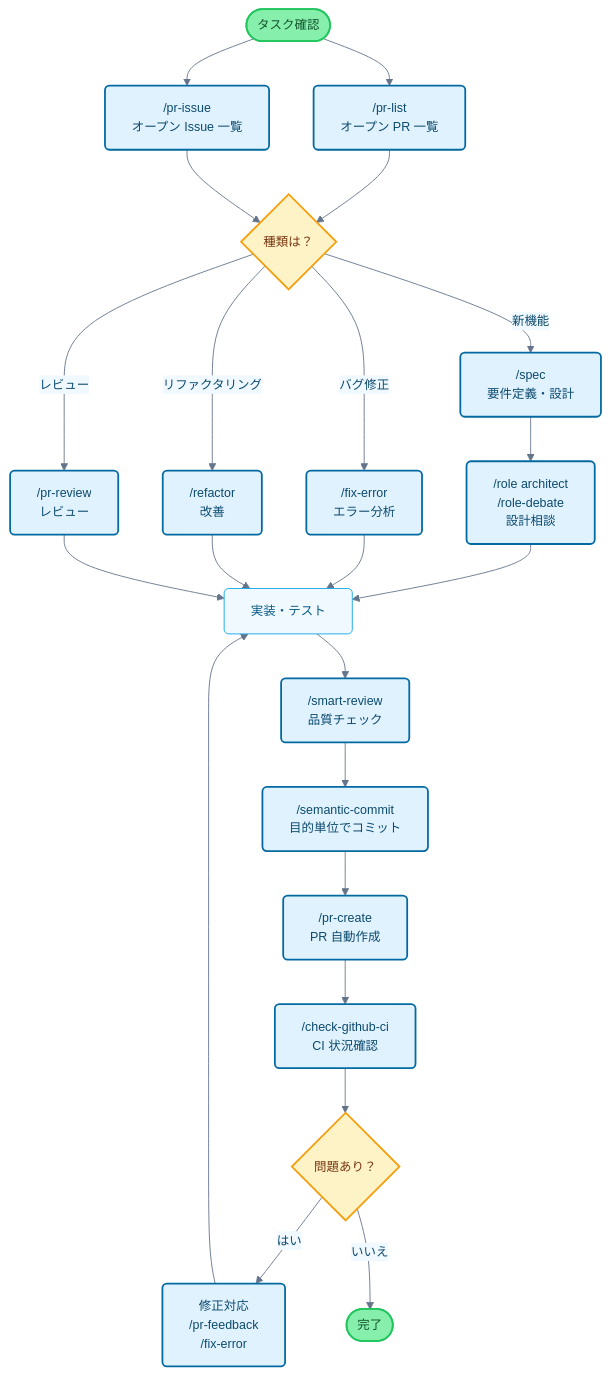
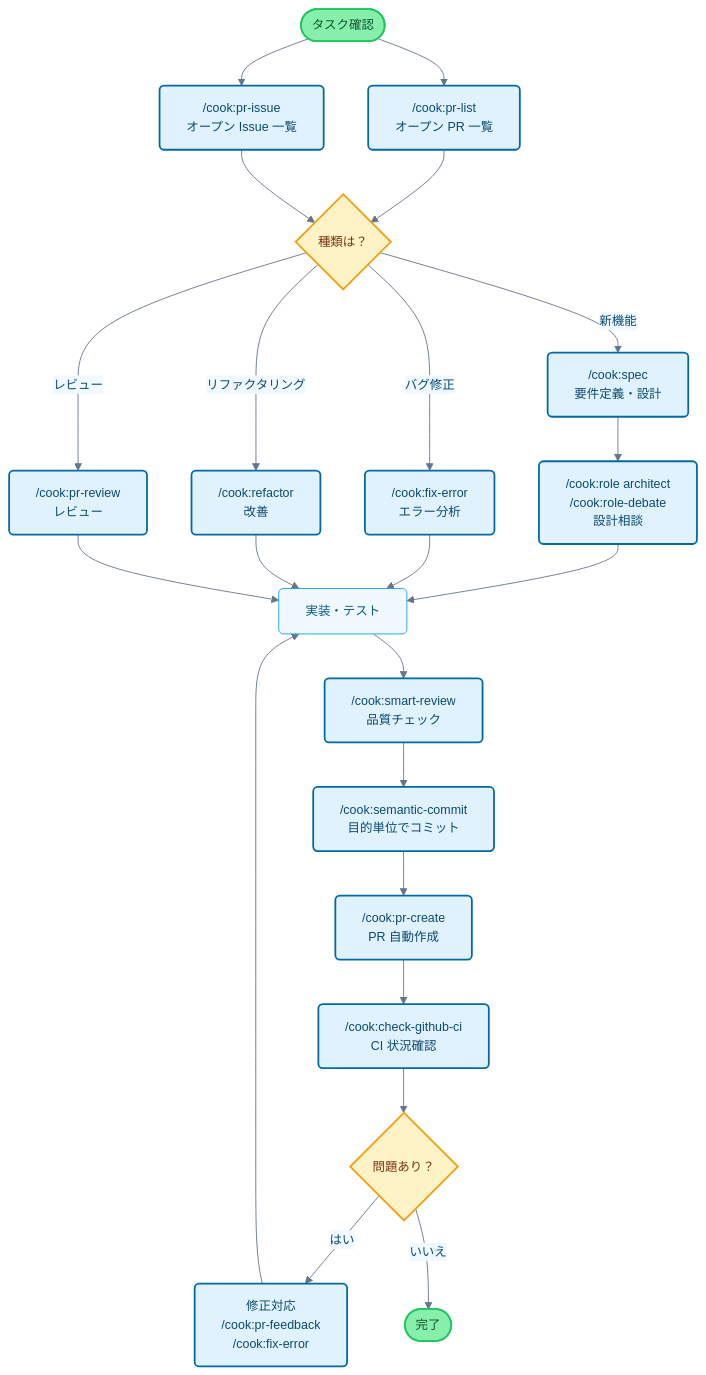
One commit to wasabeef/claude-code-cookbook changed the diagram in plugins/ja/README.md. Above: the diagram before and after it, drawn with Mermaid. The commit also changed 8 other files, not shown here.

Commit message:
docs: add plugin namespace prefix to Mermaid flowchart commands

````diff
--- a/plugins/ja/README.md
+++ b/plugins/ja/README.md
@@ -116,42 +116,42 @@
 ```mermaid
 flowchart TB
-    Start([タスク確認]) --> PRList["/pr-list<br/>オープン PR 一覧"]
-    Start --> PRIssue["/pr-issue<br/>オープン Issue 一覧"]
+    Start([タスク確認]) --> PRList["/cook:pr-list<br/>オープン PR 一覧"]
+    Start --> PRIssue["/cook:pr-issue<br/>オープン Issue 一覧"]
 
     PRList --> TaskType{種類は？}
     PRIssue --> TaskType
 
-    TaskType -->|新機能| Plan["/spec<br/>要件定義・設計"]
-    TaskType -->|バグ修正| Fix["/fix-error<br/>エラー分析"]
-    TaskType -->|リファクタリング| Refactor["/refactor<br/>改善"]
-    TaskType -->|レビュー| Review["/pr-review<br/>レビュー"]
+    TaskType -->|新機能| Plan["/cook:spec<br/>要件定義・設計"]
+    TaskType -->|バグ修正| Fix["/cook:fix-error<br/>エラー分析"]
+    TaskType -->|リファクタリング| Refactor["/cook:refactor<br/>改善"]
+    TaskType -->|レビュー| Review["/cook:pr-review<br/>レビュー"]
 
-    Plan --> Design["/role architect<br/>/role-debate<br/>設計相談"]
+    Plan --> Design["/cook:role architect<br/>/cook:role-debate<br/>設計相談"]
     Design --> Implementation[実装・テスト]
     Fix --> Implementation
     Refactor --> Implementation
     Review --> Implementation
 
-    Implementation --> Check["/smart-review<br/>品質チェック"]
-    Check --> Commit["/semantic-commit<br/>目的単位でコミット"]
-    Commit --> PR["/pr-create<br/>PR 自動作成"]
-    PR --> CI["/check-github-ci<br/>CI 状況確認"]
+    Implementation --> Check["/cook:smart-review<br/>品質チェック"]
+    Check --> Commit["/cook:semantic-commit<br/>目的単位でコミット"]
+    Commit --> PR["/cook:pr-create<br/>PR 自動作成"]
+    PR --> CI["/cook:check-github-ci<br/>CI 状況確認"]
 
     CI --> Status{問題あり？}
-    Status -->|はい| Feedback["修正対応<br/>/pr-feedback<br/>/fix-error"]
+    Status -->|はい| Feedback["修正対応<br/>/cook:pr-feedback<br/>/cook:fix-error"]
     Status -->|いいえ| End([完了])
 
     Feedback --> Implementation
 
     classDef commandBox fill:#e0f2fe,stroke:#0369a1,stroke-width:2px,rx:5,ry:5,color:#0c4a6e
     classDef processBox fill:#f0f9ff,stroke:#0ea5e9,stroke-width:1px,rx:5,ry:5,color:#075985
     classDef decisionBox fill:#fef3c7,stroke:#f59e0b,stroke-width:2px,rx:5,ry:5,color:#78350f
     classDef startEnd fill:#86efac,stroke:#22c55e,stroke-width:2px,rx:20,ry:20,color:#14532d
 
     class PRList,PRIssue,Plan,Fix,Refactor,Review,Design,Check,CI,Commit,PR,Feedback commandBox
     class Implementation processBox
     class TaskType,Status decisionBox
     class Start,End startEnd
 
     %%{init: {'theme':'base', 'themeVariables': { 'primaryColor':'#e0f2fe', 'primaryTextColor':'#0c4a6e', 'primaryBorderColor':'#0369a1', 'lineColor':'#64748b', 'secondaryColor':'#f0f9ff', 'background':'#ffffff', 'mainBkg':'#ffffff', 'fontSize': '14px'}}}%%
 ```
````
